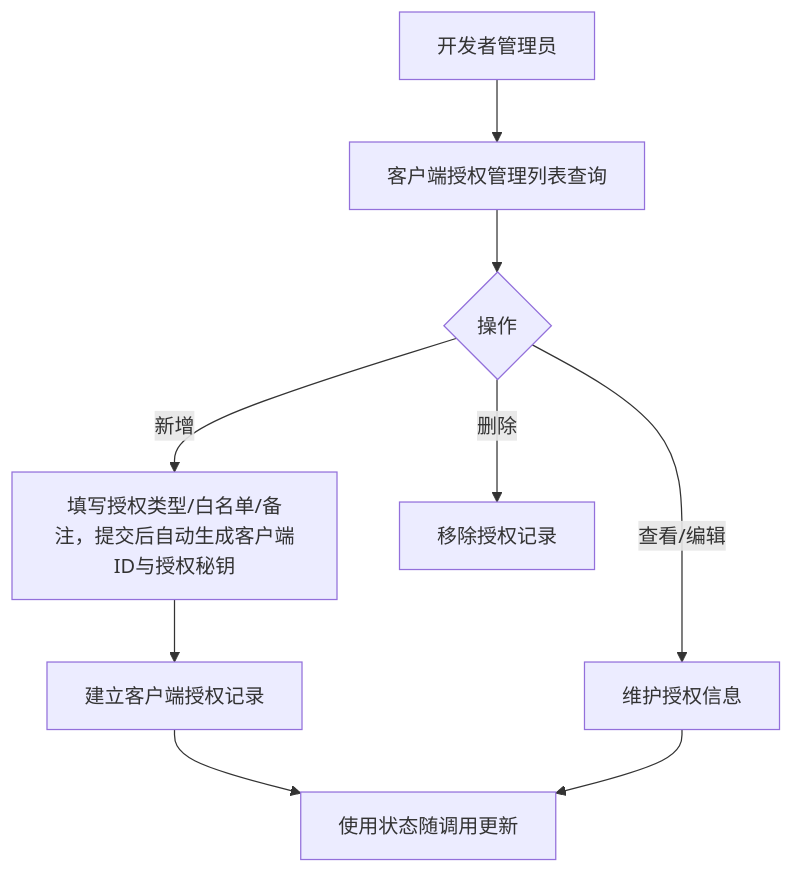
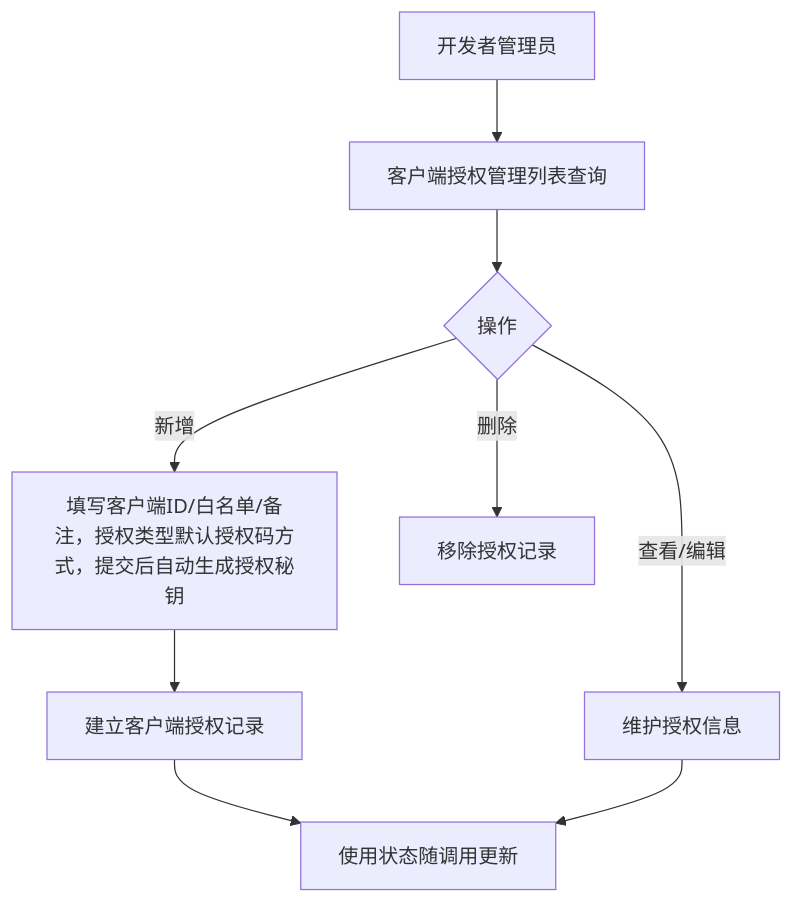
One commit to sunmei119/capPlatform changed the fifth of 9 diagrams in output/prd/prd.md. Above: the diagram before and after it, drawn with Mermaid. The commit also changed other lines of this file and 2 other files, not shown here.

````diff
--- a/output/prd/prd.md
+++ b/output/prd/prd.md
@@ -192,11 +192,11 @@
 ```mermaid
 flowchart TD
     A[开发者管理员] --> B[客户端授权管理列表查询]
     B --> C{操作}
-    C -- 新增 --> D[填写授权类型/白名单/备注，提交后自动生成客户端ID与授权秘钥]
+    C -- 新增 --> D[填写客户端ID/白名单/备注，授权类型默认授权码方式，提交后自动生成授权秘钥]
     D --> E[建立客户端授权记录]
     C -- 查看/编辑 --> F[维护授权信息]
     C -- 删除 --> G[移除授权记录]
     E --> H[使用状态随调用更新]
     F --> H
 ```
````
